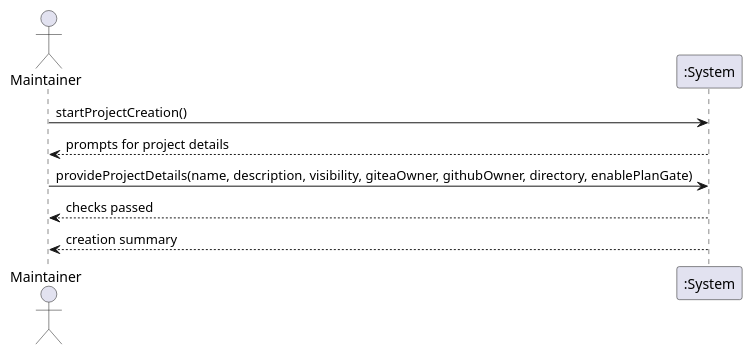
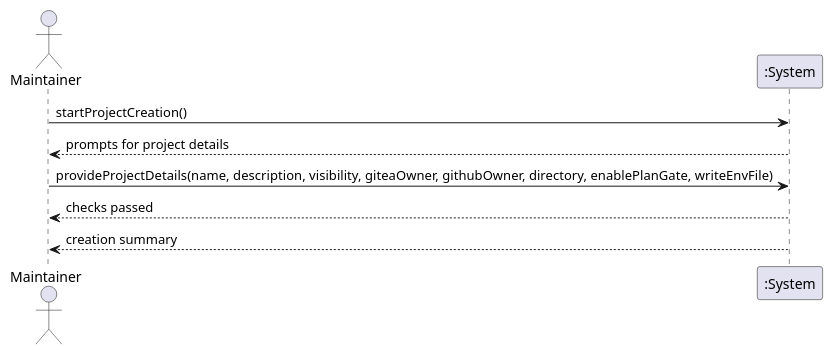
Before and after one commit to TirSystem-BashScript/RepoFoundry: the diagram in docs/uc-001/ssd.md, drawn with PlantUML. The commit also changed other lines of this file and 16 other files, not shown here.

First line of the commit message:
Plan MIL-005: ask for missing credentials and create the project .env

````diff
--- a/docs/uc-001/ssd.md
+++ b/docs/uc-001/ssd.md
@@ -23,11 +23,11 @@
 ```plantuml
 @startuml
 actor Maintainer as A
 participant ":System" as S
 A -> S : startProjectCreation()
 S --> A : prompts for project details
-A -> S : provideProjectDetails(name, description, visibility, giteaOwner, githubOwner, directory, enablePlanGate)
+A -> S : provideProjectDetails(name, description, visibility, giteaOwner, githubOwner, directory, enablePlanGate, writeEnvFile)
 S --> A : checks passed
 S --> A : creation summary
 @enduml
 ```
````
